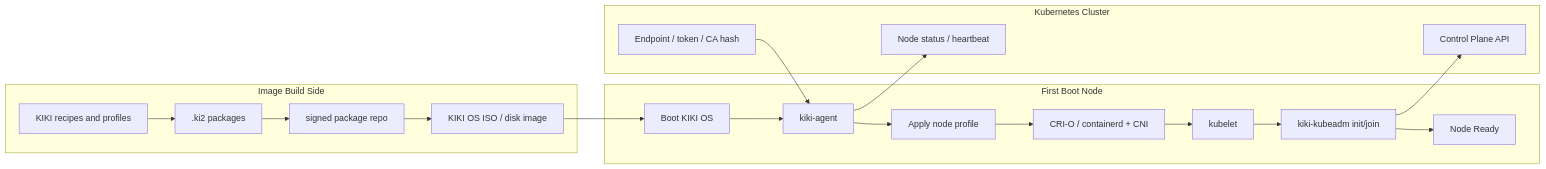
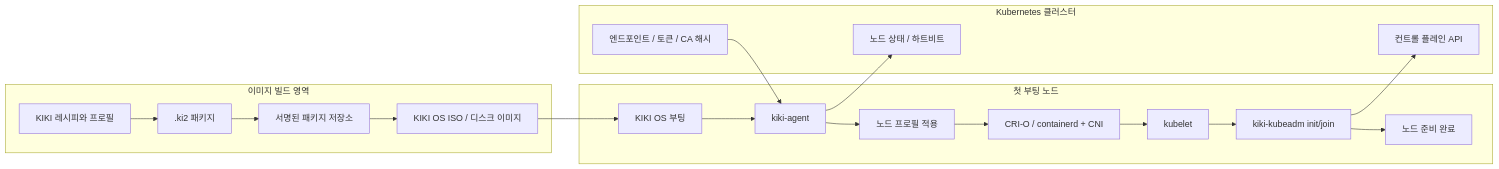
Before and after one commit to ProjectKIKI/KIKI-OS: the diagram in docs/kiki-homepage-content.ko.md, drawn with Mermaid. The commit also changed other lines of this file and 14 other files, not shown here.

````diff
--- a/docs/kiki-homepage-content.ko.md
+++ b/docs/kiki-homepage-content.ko.md
@@ -87,32 +87,32 @@
 ```mermaid
 flowchart LR
-  subgraph Build["Image Build Side"]
-    Recipes["KIKI recipes and profiles"]
-    Packages[".ki2 packages"]
-    Repo["signed package repo"]
-    Image["KIKI OS ISO / disk image"]
+  subgraph Build["이미지 빌드 영역"]
+    Recipes["KIKI 레시피와 프로필"]
+    Packages[".ki2 패키지"]
+    Repo["서명된 패키지 저장소"]
+    Image["KIKI OS ISO / 디스크 이미지"]
     Recipes --> Packages --> Repo --> Image
   end
 
-  subgraph Node["First Boot Node"]
-    Boot["Boot KIKI OS"]
+  subgraph Node["첫 부팅 노드"]
+    Boot["KIKI OS 부팅"]
     Agent["kiki-agent"]
-    Profile["Apply node profile"]
+    Profile["노드 프로필 적용"]
     Runtime["CRI-O / containerd + CNI"]
     Kubelet["kubelet"]
     Kubeadm["kiki-kubeadm init/join"]
-    Ready["Node Ready"]
+    Ready["노드 준비 완료"]
     Boot --> Agent --> Profile --> Runtime --> Kubelet --> Kubeadm --> Ready
   end
 
-  subgraph Cluster["Kubernetes Cluster"]
-    API["Control Plane API"]
-    Join["Endpoint / token / CA hash"]
-    Health["Node status / heartbeat"]
+  subgraph Cluster["Kubernetes 클러스터"]
+    API["컨트롤 플레인 API"]
+    Join["엔드포인트 / 토큰 / CA 해시"]
+    Health["노드 상태 / 하트비트"]
   end
 
   Image --> Boot
   Join --> Agent
   Kubeadm --> API
   Agent --> Health
 ```
````
